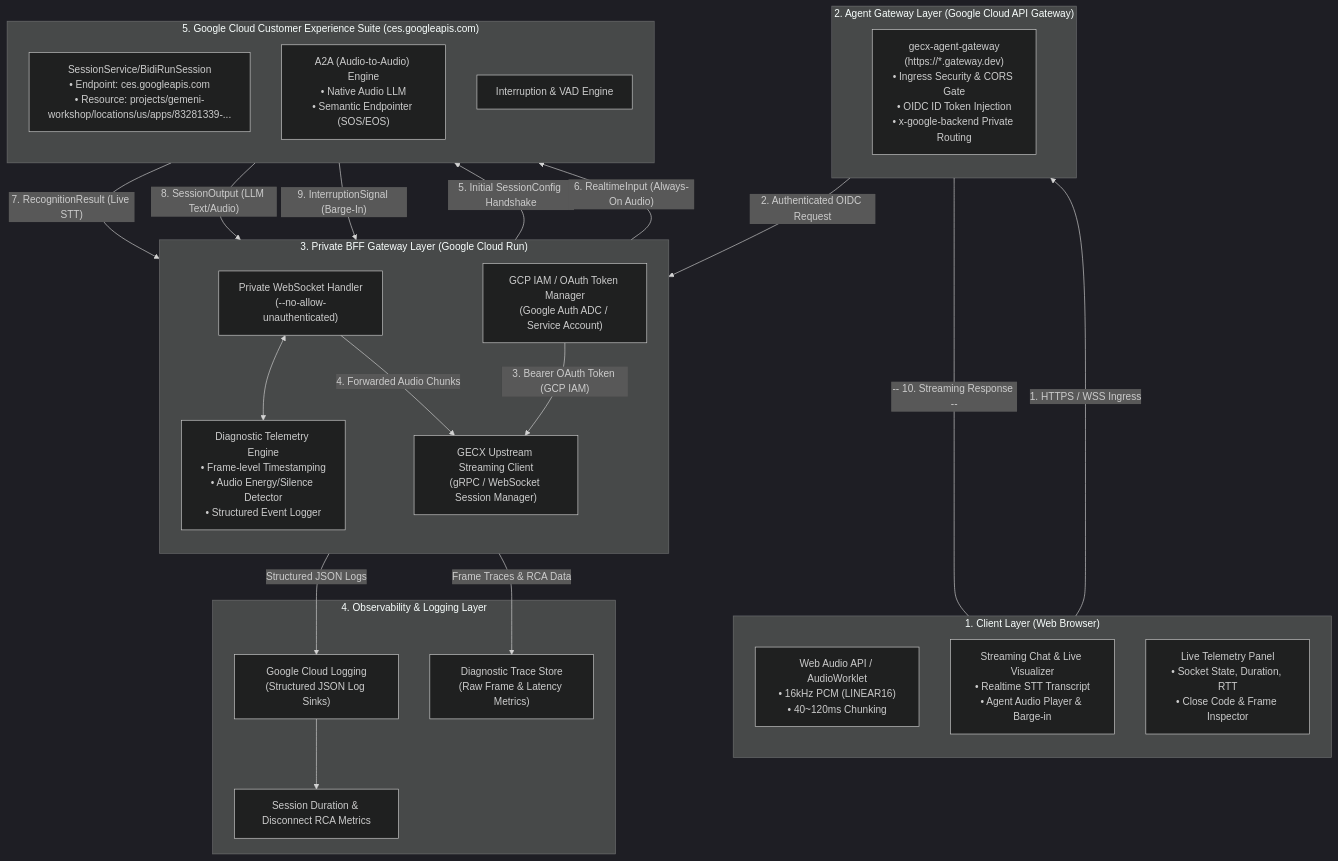
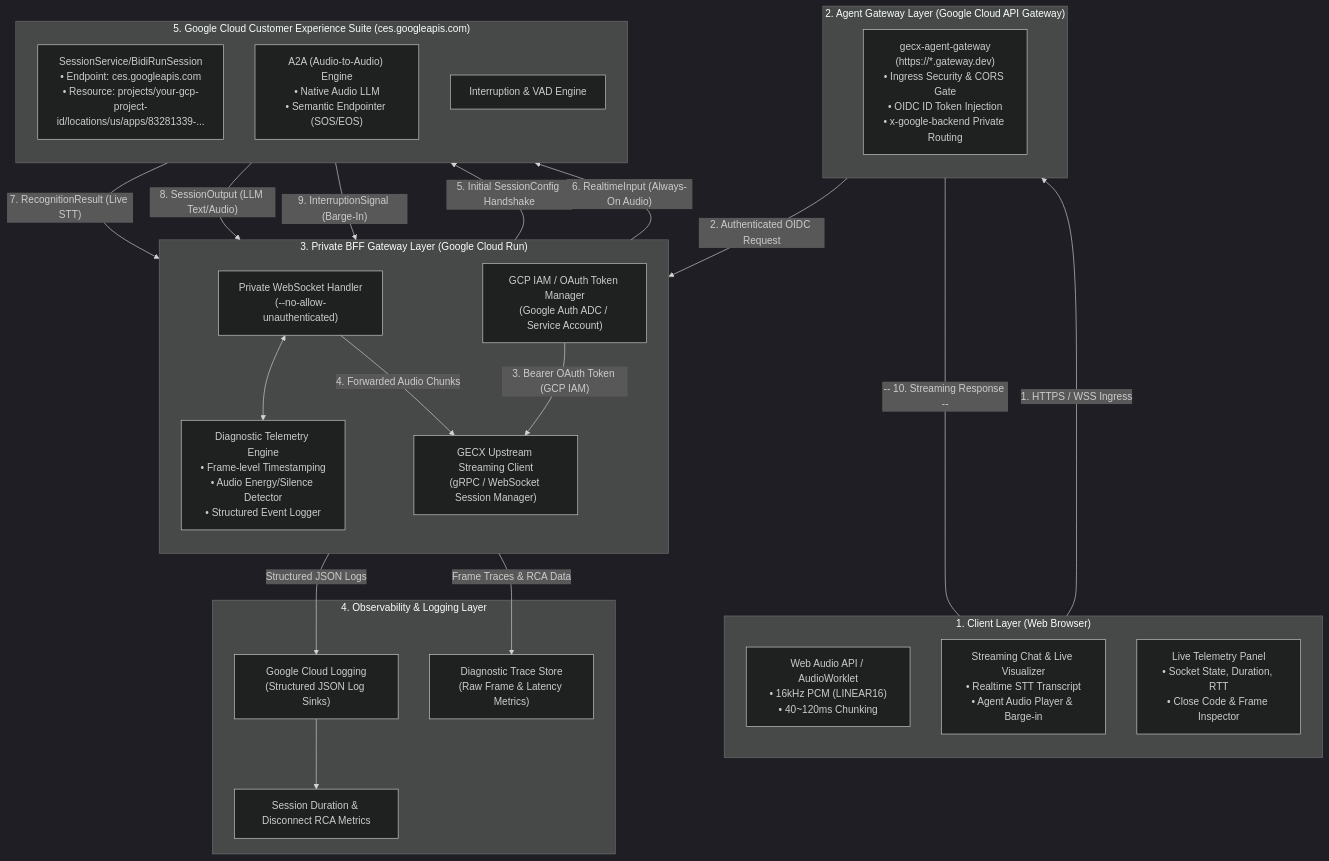
Before and after one commit to Jhko0404/GECX-Realtime-Voice-Streaming: the first of 5 diagrams in docs/sdd.md, drawn with Mermaid (dark theme). The commit also changed other lines of this file and 18 other files, not shown here.

````diff
--- a/docs/sdd.md
+++ b/docs/sdd.md
@@ -199,57 +199,57 @@
 ```mermaid
 flowchart TB
     subgraph ClientLayer["1. Client Layer (Web Browser)"]
         direction TB
         AudioCapture["Web Audio API / AudioWorklet<br>• 16kHz PCM (LINEAR16)<br>• 40~120ms Chunking"]
         StreamingUI["Streaming Chat & Live Visualizer<br>• Realtime STT Transcript<br>• Agent Audio Player & Barge-in"]
         DiagnosticDashboard["Live Telemetry Panel<br>• Socket State, Duration, RTT<br>• Close Code & Frame Inspector"]
     end
 
     subgraph AgentGatewayLayer["2. Agent Gateway Layer (Google Cloud API Gateway)"]
         direction TB
         APIGateway["gecx-agent-gateway<br>(https://*.gateway.dev)<br>• Ingress Security & CORS Gate<br>• OIDC ID Token Injection<br>• x-google-backend Private Routing"]
     end
 
     subgraph BFFLayer["3. Private BFF Gateway Layer (Google Cloud Run)"]
         direction TB
         ClientWSHandler["Private WebSocket Handler<br>(--no-allow-unauthenticated)"]
         AuthTokenManager["GCP IAM / OAuth Token Manager<br>(Google Auth ADC / Service Account)"]
         DiagnosticEngine["Diagnostic Telemetry Engine<br>• Frame-level Timestamping<br>• Audio Energy/Silence Detector<br>• Structured Event Logger"]
         GECXSessionClient["GECX Upstream Streaming Client<br>(gRPC / WebSocket Session Manager)"]
     end
 
     subgraph ObservabilityLayer["4. Observability & Logging Layer"]
         CloudLogging["Google Cloud Logging<br>(Structured JSON Log Sinks)"]
         LocalFileSink["Diagnostic Trace Store<br>(Raw Frame & Latency Metrics)"]
         MetricDashboard["Session Duration & Disconnect RCA Metrics"]
     end
 
     subgraph GECXLayer["5. Google Cloud Customer Experience Suite (ces.googleapis.com)"]
         direction TB
-        BidiEndpoint["SessionService/BidiRunSession<br>• Endpoint: ces.googleapis.com<br>• Resource: projects/gemeni-workshop/locations/us/apps/83281339-..."]
+        BidiEndpoint["SessionService/BidiRunSession<br>• Endpoint: ces.googleapis.com<br>• Resource: projects/your-gcp-project-id/locations/us/apps/83281339-..."]
         A2AEngine["A2A (Audio-to-Audio) Engine<br>• Native Audio LLM<br>• Semantic Endpointer (SOS/EOS)"]
         BargeInEngine["Interruption & VAD Engine"]
     end
 
     %% Client <-> Gateway Flow
     AudioCapture -->|"1. HTTPS / WSS Ingress"| APIGateway
     APIGateway <---|"-- 10. Streaming Response --"| StreamingUI
     APIGateway -->|"2. Authenticated OIDC Request"| ClientWSHandler
 
     %% BFF Internal Flow
     ClientWSHandler <--> DiagnosticEngine
     AuthTokenManager -->|"3. Bearer OAuth Token (GCP IAM)"| GECXSessionClient
     ClientWSHandler -->|"4. Forwarded Audio Chunks"| GECXSessionClient
 
     %% BFF <-> GECX Upstream Flow
     GECXSessionClient -->|"5. Initial SessionConfig Handshake"| BidiEndpoint
     GECXSessionClient -->|"6. RealtimeInput (Always-On Audio)"| BidiEndpoint
     BidiEndpoint -->|"7. RecognitionResult (Live STT)"| GECXSessionClient
     BidiEndpoint -->|"8. SessionOutput (LLM Text/Audio)"| GECXSessionClient
     BargeInEngine -->|"9. InterruptionSignal (Barge-In)"| GECXSessionClient
 
     %% Observability Flow
     DiagnosticEngine -->|"Structured JSON Logs"| CloudLogging
     DiagnosticEngine -->|"Frame Traces & RCA Data"| LocalFileSink
     CloudLogging --> MetricDashboard
 ```
````
